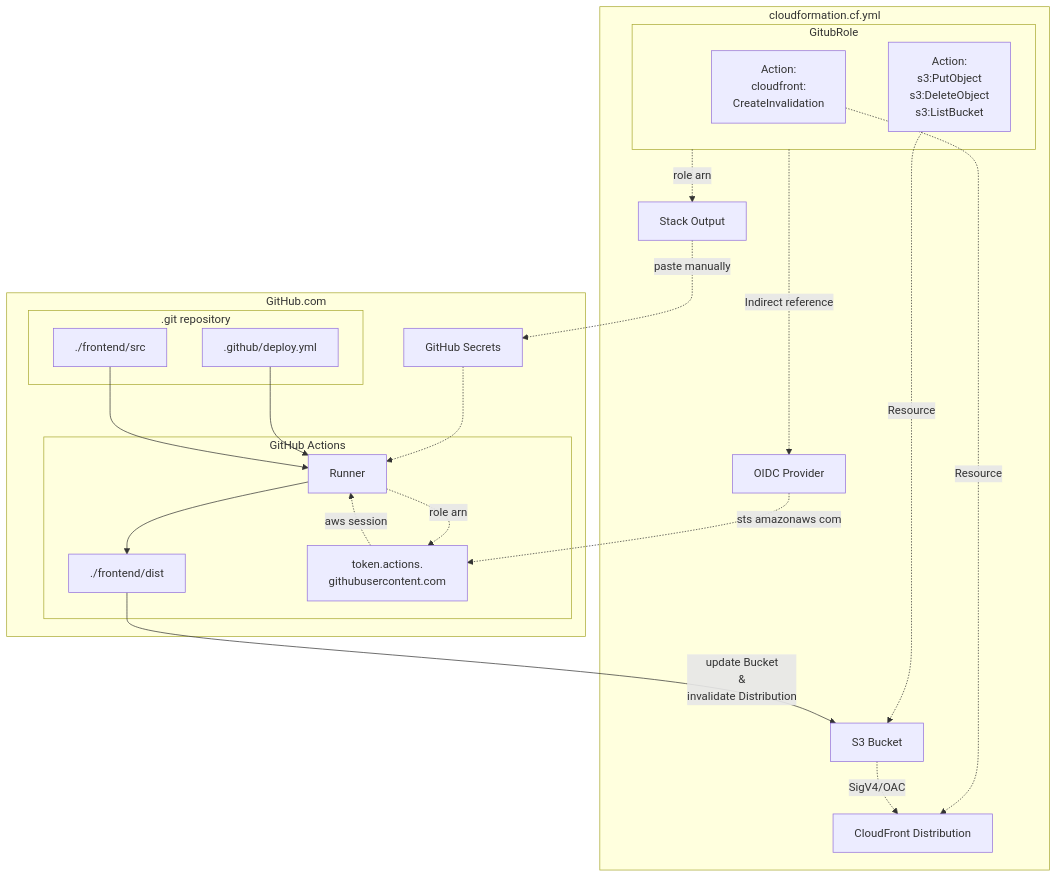
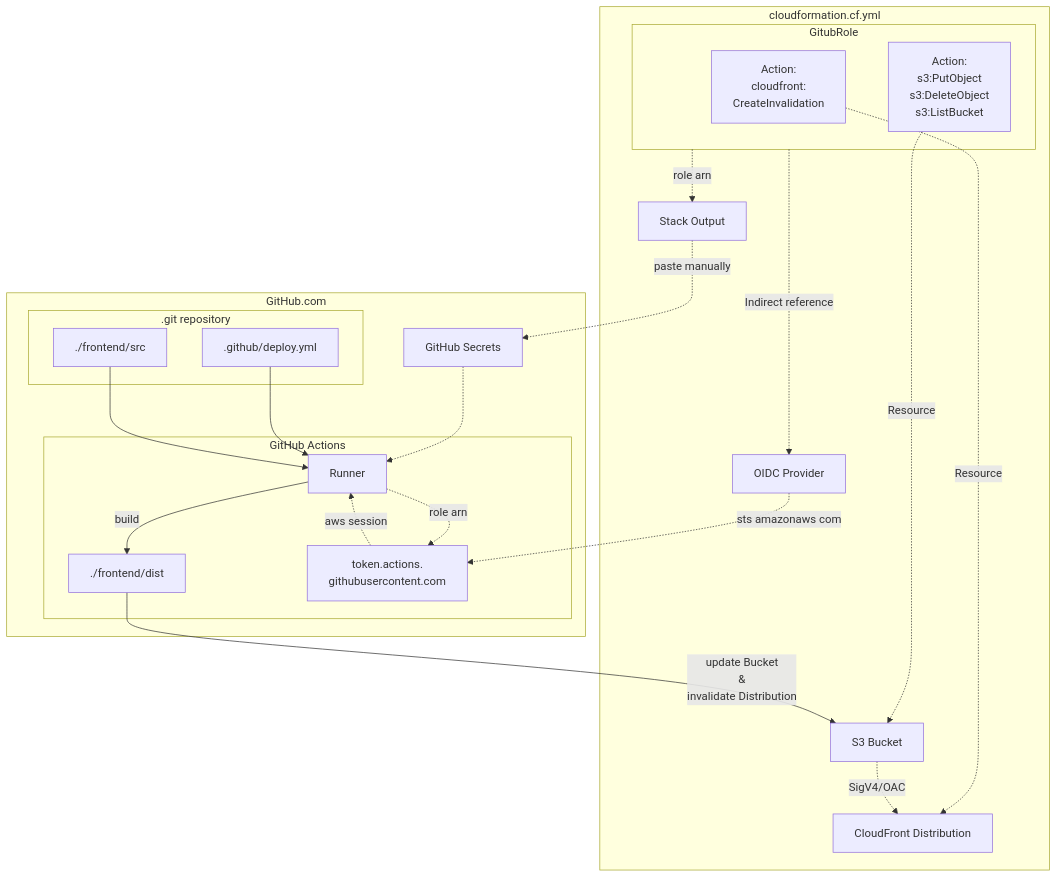
One commit to Codingschule/aws-astro-headless-cms-deployment changed the first of 2 diagrams in README.md. Above: the diagram before and after it, drawn with Mermaid.

Commit message:
readme mermaid

````diff
--- a/README.md
+++ b/README.md
@@ -107,52 +107,52 @@
 ```mermaid
 flowchart TD
     %% =====================
     subgraph GitHub.com
         SEC[GitHub Secrets]
         subgraph REP[.git repository]
           SRC[./frontend/src]
           WF[.github/deploy.yml]
         end
 
         subgraph GitHub Actions
           Dist[./frontend/dist]
           RUN[Runner]
     STS[token.actions.<br />githubusercontent.com]
         end
 
     end
 
     %% =====================
     subgraph AWS[cloudformation.cf.yml]
       OUT[Stack Output]
       %% *********************
       OIDC[OIDC Provider]
       subgraph ROL[GitubRole]
         Inv[Action:<br />cloudfront:<br />CreateInvalidation]
         Wri[Action:<br />s3:PutObject<br />s3:DeleteObject<br />s3:ListBucket]
       end
       
       CF[CloudFront Distribution]
       S3[S3 Bucket]
     end
     %% =====================
 
 OIDC-.sts amazonaws com.->STS
 
         ROL -.role arn.-> OUT
         SEC -.-> RUN
         WF --> RUN
         SRC --> RUN
         
         OUT -.paste manually.-> SEC
 
         ROL -.Indirect reference.-> OIDC
           Wri -.Resource.-> S3
           Inv -.Resource.-> CF
 
-        RUN --> Dist
+        RUN --build--> Dist
         Dist --update Bucket<br />&<br />invalidate Distribution--> S3
         S3 -.->|SigV4/OAC| CF
         RUN -.role arn.-> STS
         STS -.aws session.-> RUN
 ```
````
